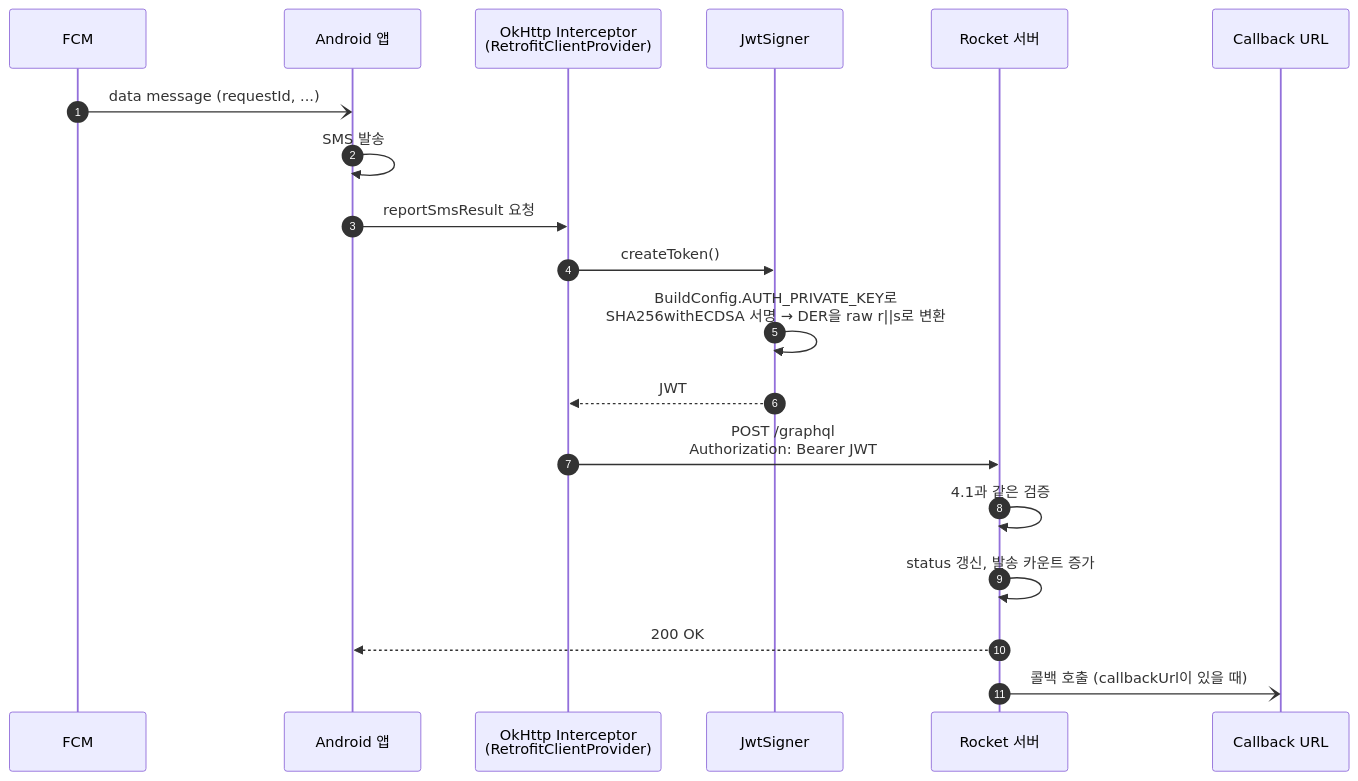
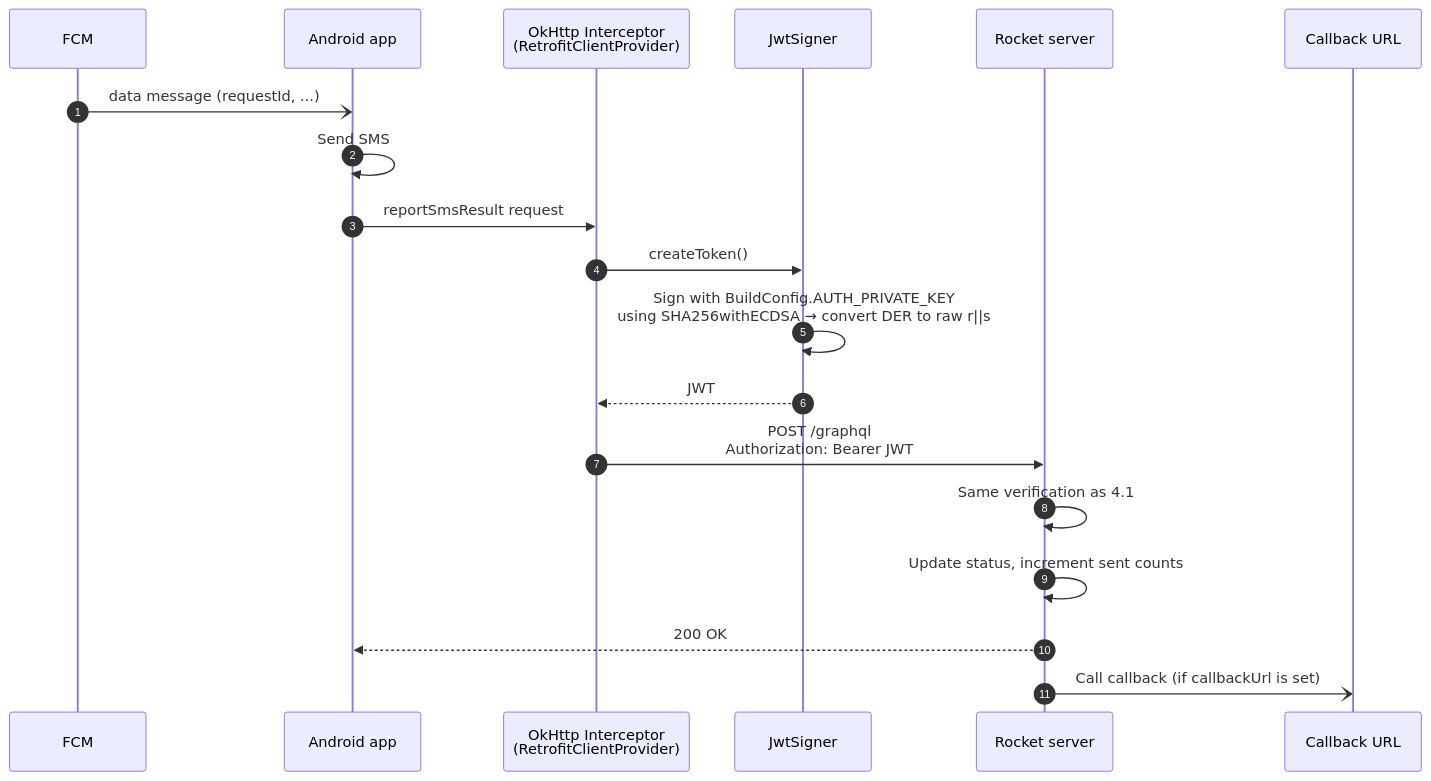
One commit to rouddy/sms_transmitter changed the third of 4 diagrams in sms_transmitter_rocket/jwt_certificate.md. Above: the diagram before and after it, drawn with Mermaid. The commit also changed other lines of this file and 3 other files, not shown here.

````diff
--- a/sms_transmitter_rocket/jwt_certificate.md
+++ b/sms_transmitter_rocket/jwt_certificate.md
@@ -122,22 +122,22 @@
 ```mermaid
 sequenceDiagram
     autonumber
     participant FCM as FCM
-    participant App as Android 앱
+    participant App as Android app
     participant Interceptor as OkHttp Interceptor<br/>(RetrofitClientProvider)
     participant Signer as JwtSigner
-    participant Server as Rocket 서버
+    participant Server as Rocket server
     participant CB as Callback URL
 
     FCM-)App: data message (requestId, ...)
-    App->>App: SMS 발송
-    App->>Interceptor: reportSmsResult 요청
+    App->>App: Send SMS
+    App->>Interceptor: reportSmsResult request
     Interceptor->>Signer: createToken()
-    Signer->>Signer: BuildConfig.AUTH_PRIVATE_KEY로<br/>SHA256withECDSA 서명 → DER을 raw r||s로 변환
+    Signer->>Signer: Sign with BuildConfig.AUTH_PRIVATE_KEY<br/>using SHA256withECDSA → convert DER to raw r||s
     Signer-->>Interceptor: JWT
     Interceptor->>Server: POST /graphql<br/>Authorization: Bearer JWT
-    Server->>Server: 4.1과 같은 검증
-    Server->>Server: status 갱신, 발송 카운트 증가
+    Server->>Server: Same verification as 4.1
+    Server->>Server: Update status, increment sent counts
     Server-->>App: 200 OK
-    Server-)CB: 콜백 호출 (callbackUrl이 있을 때)
+    Server-)CB: Call callback (if callbackUrl is set)
 ```
````
